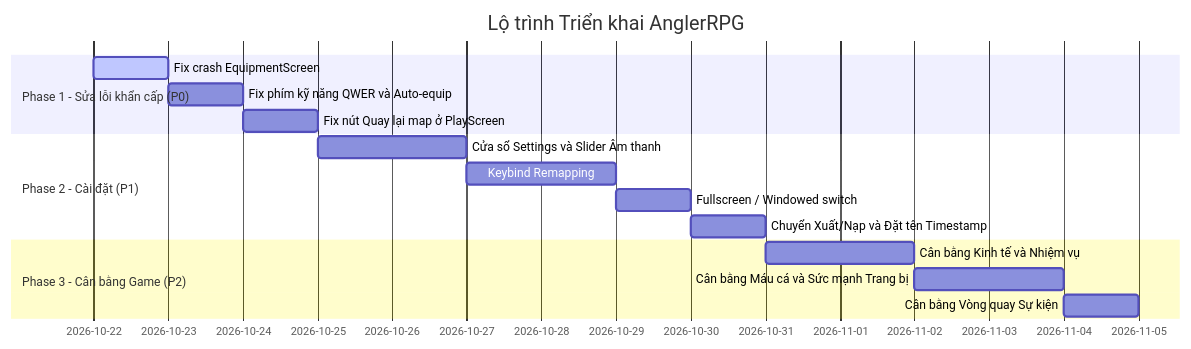
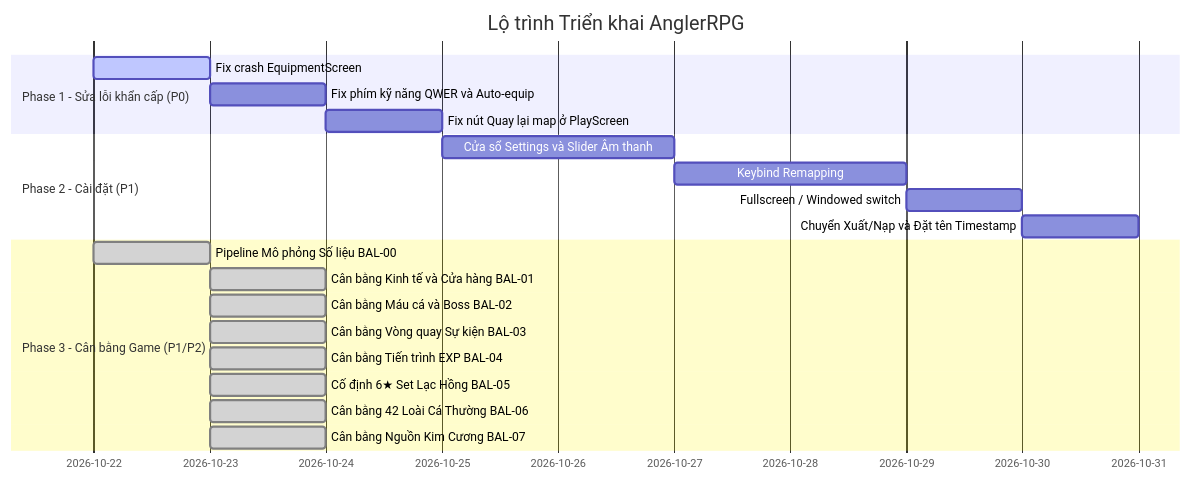
The diagram in TASKS.md (hizeng-quan/AnglerRPG), drawn with Mermaid before and after one commit. The commit also changed other lines of this file and 28 other files, not shown here.

````diff
--- a/TASKS.md
+++ b/TASKS.md
@@ -242,18 +302,23 @@
 ```mermaid
 gantt
     title Lộ trình Triển khai AnglerRPG
     dateFormat  YYYY-MM-DD
     section Phase 1 - Sửa lỗi khẩn cấp (P0)
     Fix crash EquipmentScreen           :active, p1_1, 2026-10-22, 1d
     Fix phím kỹ năng QWER và Auto-equip :p1_2, after p1_1, 1d
     Fix nút Quay lại map ở PlayScreen   :p1_3, after p1_2, 1d
     section Phase 2 - Cài đặt (P1)
     Cửa sổ Settings và Slider Âm thanh :p2_1, after p1_3, 2d
     Keybind Remapping                  :p2_2, after p2_1, 2d
     Fullscreen / Windowed switch       :p2_3, after p2_2, 1d
     Chuyển Xuất/Nạp và Đặt tên Timestamp:p2_4, after p2_3, 1d
-    section Phase 3 - Cân bằng Game (P2)
-    Cân bằng Kinh tế và Nhiệm vụ       :p3_1, after p2_4, 2d
-    Cân bằng Máu cá và Sức mạnh Trang bị:p3_2, after p3_1, 2d
-    Cân bằng Vòng quay Sự kiện         :p3_3, after p3_2, 1d
+    section Phase 3 - Cân bằng Game (P1/P2)
+    Pipeline Mô phỏng Số liệu BAL-00    :done, p3_0, 2026-10-22, 1d
+    Cân bằng Kinh tế và Cửa hàng BAL-01 :done, p3_1, 2026-10-23, 1d
+    Cân bằng Máu cá và Boss BAL-02      :done, p3_2, 2026-10-23, 1d
+    Cân bằng Vòng quay Sự kiện BAL-03   :done, p3_3, 2026-10-23, 1d
+    Cân bằng Tiến trình EXP BAL-04      :done, p3_4, 2026-10-23, 1d
+    Cố định 6★ Set Lạc Hồng BAL-05      :done, p3_5, 2026-10-23, 1d
+    Cân bằng 42 Loài Cá Thường BAL-06   :done, p3_6, 2026-10-23, 1d
+    Cân bằng Nguồn Kim Cương BAL-07     :done, p3_7, 2026-10-23, 1d
 ```
````
